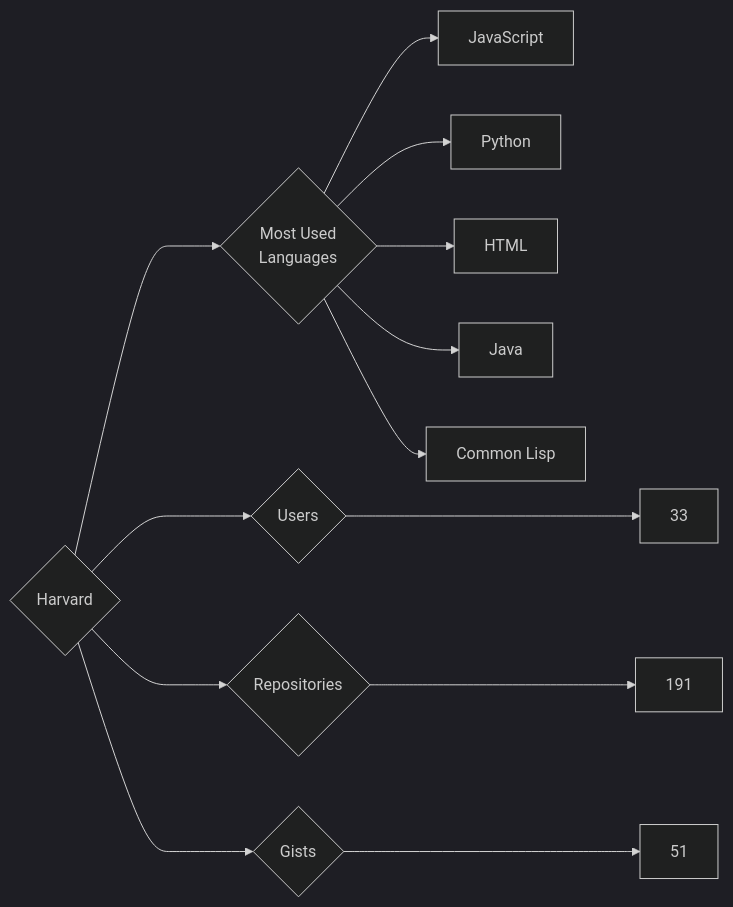
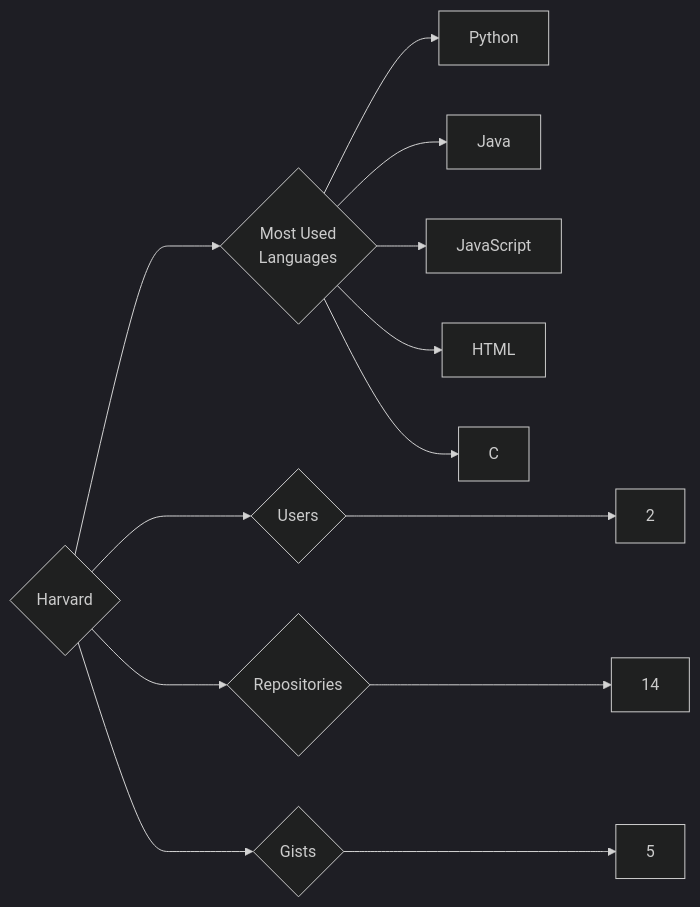
One commit to trickest/insiders changed the diagram in targets/Harvard/README.md. Above: the diagram before and after it, drawn with Mermaid (dark theme). The commit also changed 440 other files, not shown here.

````diff
--- a/targets/Harvard/README.md
+++ b/targets/Harvard/README.md
@@ -3,13 +3,13 @@
 ```mermaid
 graph LR
 COMPANY_NAME{Harvard}
-COMPANY_NAME ---> U{Users} ---> UN[33]
-COMPANY_NAME ---> R{Repositories} ---> RN[191]
-COMPANY_NAME ---> G{Gists} ---> GN[51]
+COMPANY_NAME ---> U{Users} ---> UN[2]
+COMPANY_NAME ---> R{Repositories} ---> RN[14]
+COMPANY_NAME ---> G{Gists} ---> GN[5]
 COMPANY_NAME ---> ML{Most Used<br>Languages}
+ML --> Python[Python]
+ML --> Java[Java]
 ML --> JavaScript[JavaScript]
-ML --> Python[Python]
 ML --> HTML[HTML]
-ML --> Java[Java]
-ML --> Common_Lisp[Common Lisp]
+ML --> C[C]
 ```
````
